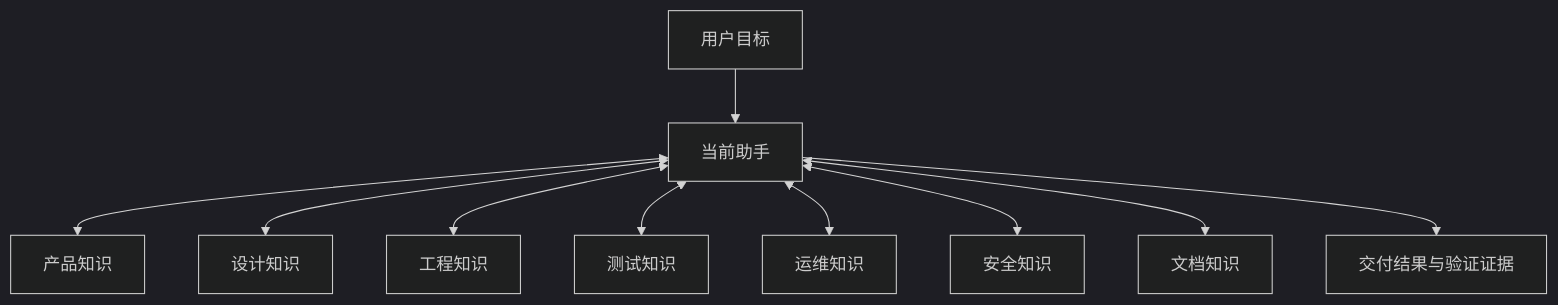
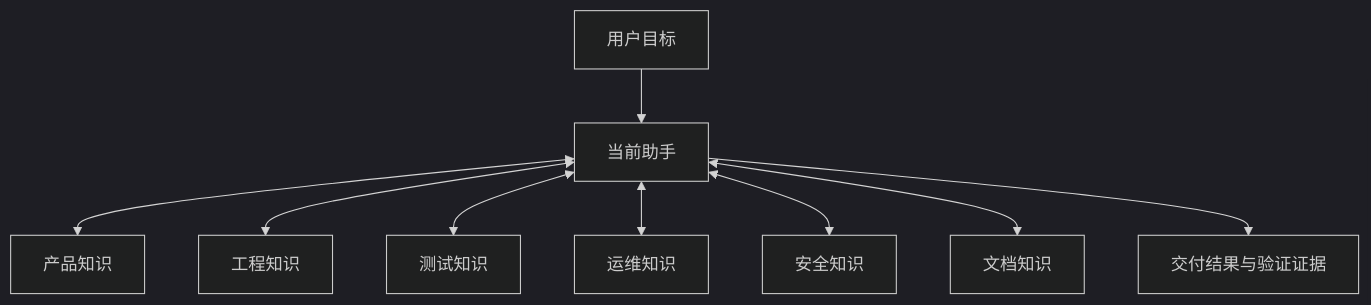
One commit to Neplich/dev-agent-skills changed the diagram in README_zh.md. Above: the diagram before and after it, drawn with Mermaid (dark theme). The commit also changed other lines of this file and 67 other files, not shown here.

````diff
--- a/README_zh.md
+++ b/README_zh.md
@@ -144,12 +140,11 @@
 ```mermaid
 flowchart TD
     Request["用户目标"] --> Assistant["当前助手"]
     Assistant <--> Product["产品知识"]
-    Assistant <--> Design["设计知识"]
     Assistant <--> Engineering["工程知识"]
     Assistant <--> QA["测试知识"]
     Assistant <--> Operations["运维知识"]
     Assistant <--> Security["安全知识"]
     Assistant <--> Docs["文档知识"]
     Assistant --> Result["交付结果与验证证据"]
 ```
````
